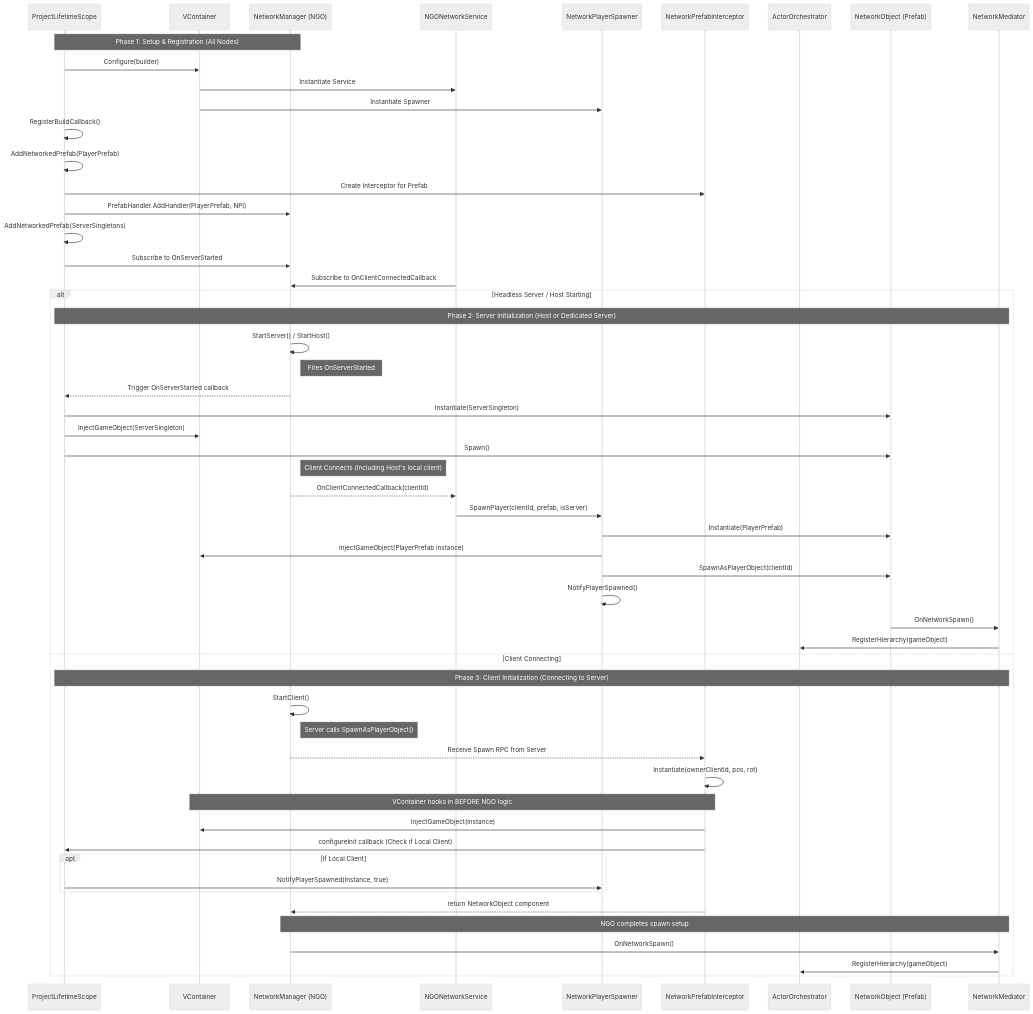
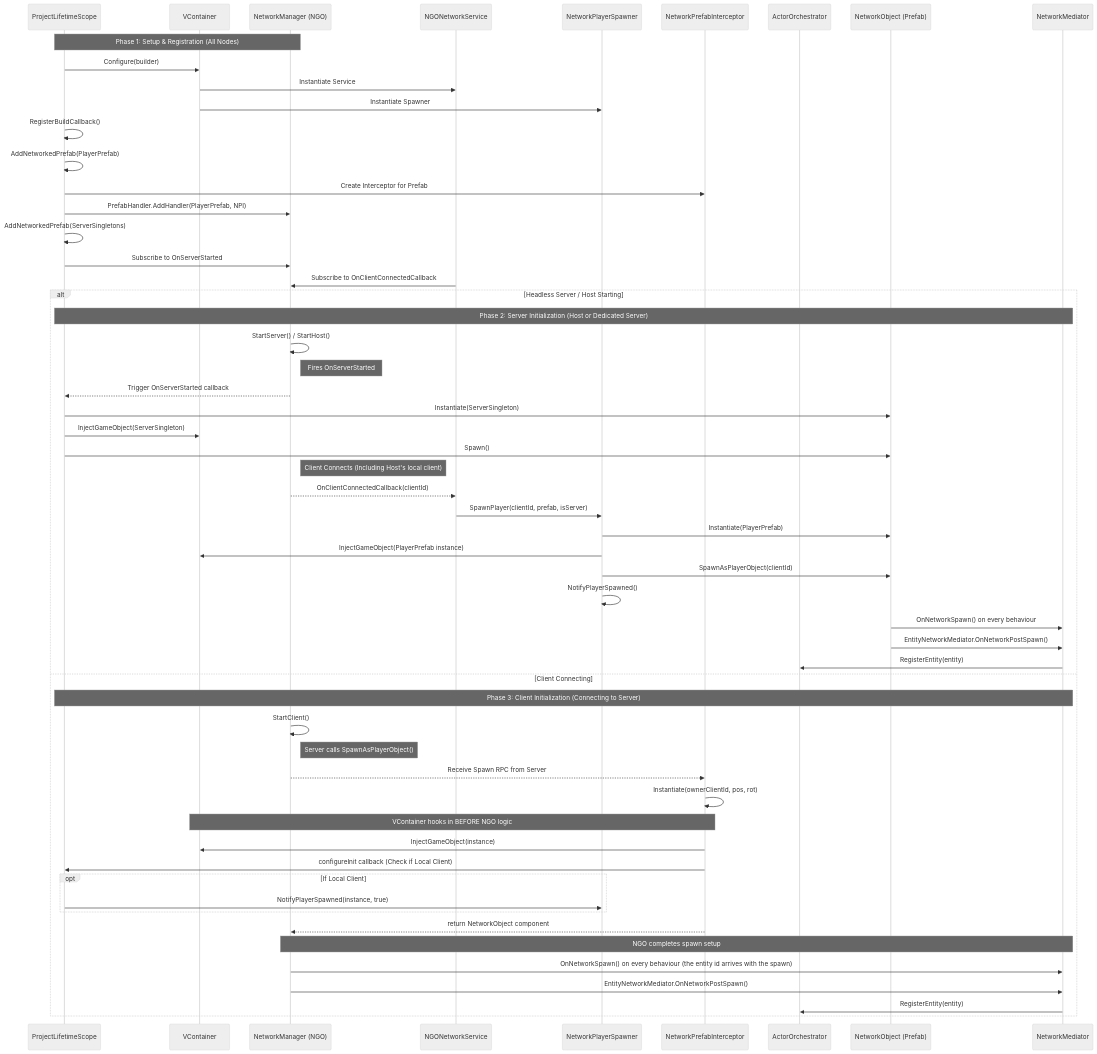
One commit to danosted/tincan_unity changed the diagram in .docs/Network_Initialization_Flow.md. Above: the diagram before and after it, drawn with Mermaid (neutral theme). The commit also changed 68 other files, not shown here.

First line of the commit message:
Network entities: one registrar and a stable id per networked object (review slice 4)

````diff
--- a/.docs/Network_Initialization_Flow.md
+++ b/.docs/Network_Initialization_Flow.md
@@ -5,72 +5,74 @@
 ```mermaid
 sequenceDiagram
     participant LS as ProjectLifetimeScope
     participant VC as VContainer
     participant NM as NetworkManager (NGO)
     participant NS as NGONetworkService
     participant NPS as NetworkPlayerSpawner
     participant NPI as NetworkPrefabInterceptor
     participant AO as ActorOrchestrator
     participant NO as NetworkObject (Prefab)
     participant NMd as NetworkMediator
 
     Note over LS, NM: Phase 1: Setup & Registration (All Nodes)
     LS->>VC: Configure(builder)
     VC->>NS: Instantiate Service
     VC->>NPS: Instantiate Spawner
 
     LS->>LS: RegisterBuildCallback()
     LS->>LS: AddNetworkedPrefab(PlayerPrefab)
     LS->>NPI: Create Interceptor for Prefab
     LS->>NM: PrefabHandler.AddHandler(PlayerPrefab, NPI)
 
     LS->>LS: AddNetworkedPrefab(ServerSingletons)
     LS->>NM: Subscribe to OnServerStarted
 
     NS->>NM: Subscribe to OnClientConnectedCallback
 
     alt Headless Server / Host Starting
         Note over LS, NMd: Phase 2: Server Initialization (Host or Dedicated Server)
         NM->>NM: StartServer() / StartHost()
 
         Note right of NM: Fires OnServerStarted
         NM-->>LS: Trigger OnServerStarted callback
         LS->>NO: Instantiate(ServerSingleton)
         LS->>VC: InjectGameObject(ServerSingleton)
         LS->>NO: Spawn()
 
         Note right of NM: Client Connects (Including Host's local client)
         NM-->>NS: OnClientConnectedCallback(clientId)
         NS->>NPS: SpawnPlayer(clientId, prefab, isServer)
 
         NPS->>NO: Instantiate(PlayerPrefab)
         NPS->>VC: InjectGameObject(PlayerPrefab instance)
         NPS->>NO: SpawnAsPlayerObject(clientId)
         NPS->>NPS: NotifyPlayerSpawned()
 
-        NO->>NMd: OnNetworkSpawn()
-        NMd->>AO: RegisterHierarchy(gameObject)
+        NO->>NMd: OnNetworkSpawn() on every behaviour
+        NO->>NMd: EntityNetworkMediator.OnNetworkPostSpawn()
+        NMd->>AO: RegisterEntity(entity)
 
     else Client Connecting
         Note over LS, NMd: Phase 3: Client Initialization (Connecting to Server)
         NM->>NM: StartClient()
 
         Note right of NM: Server calls SpawnAsPlayerObject()
         NM-->>NPI: Receive Spawn RPC from Server
         NPI->>NPI: Instantiate(ownerClientId, pos, rot)
 
         Note over NPI, VC: VContainer hooks in BEFORE NGO logic
         NPI->>VC: InjectGameObject(instance)
         NPI->>LS: configureInit callback (Check if Local Client)
 
         opt If Local Client
             LS->>NPS: NotifyPlayerSpawned(instance, true)
         end
 
         NPI-->>NM: return NetworkObject component
 
         Note over NM, NMd: NGO completes spawn setup
-        NM->>NMd: OnNetworkSpawn()
-        NMd->>AO: RegisterHierarchy(gameObject)
+        NM->>NMd: OnNetworkSpawn() on every behaviour (the entity id arrives with the spawn)
+        NM->>NMd: EntityNetworkMediator.OnNetworkPostSpawn()
+        NMd->>AO: RegisterEntity(entity)
     end
 ```
````
